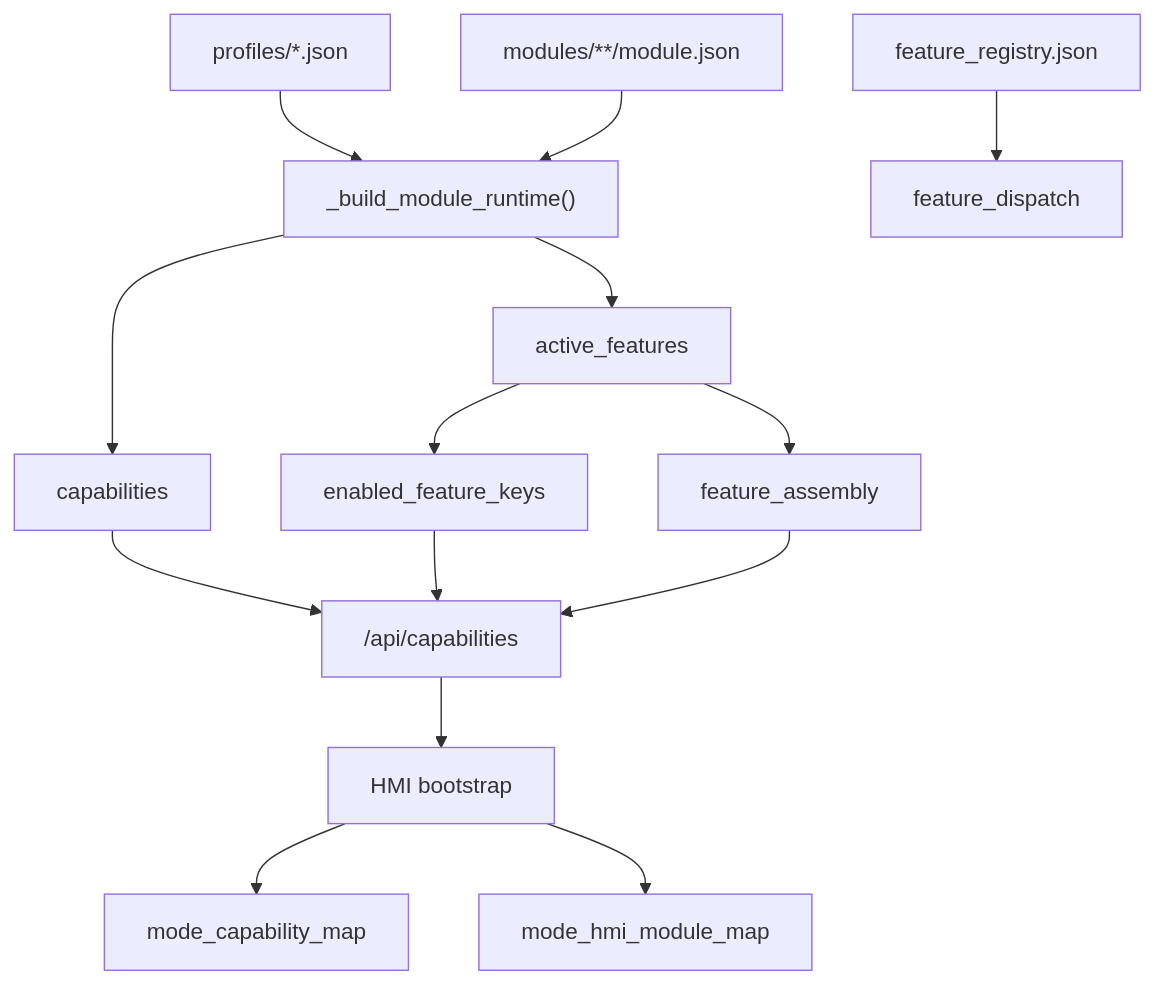
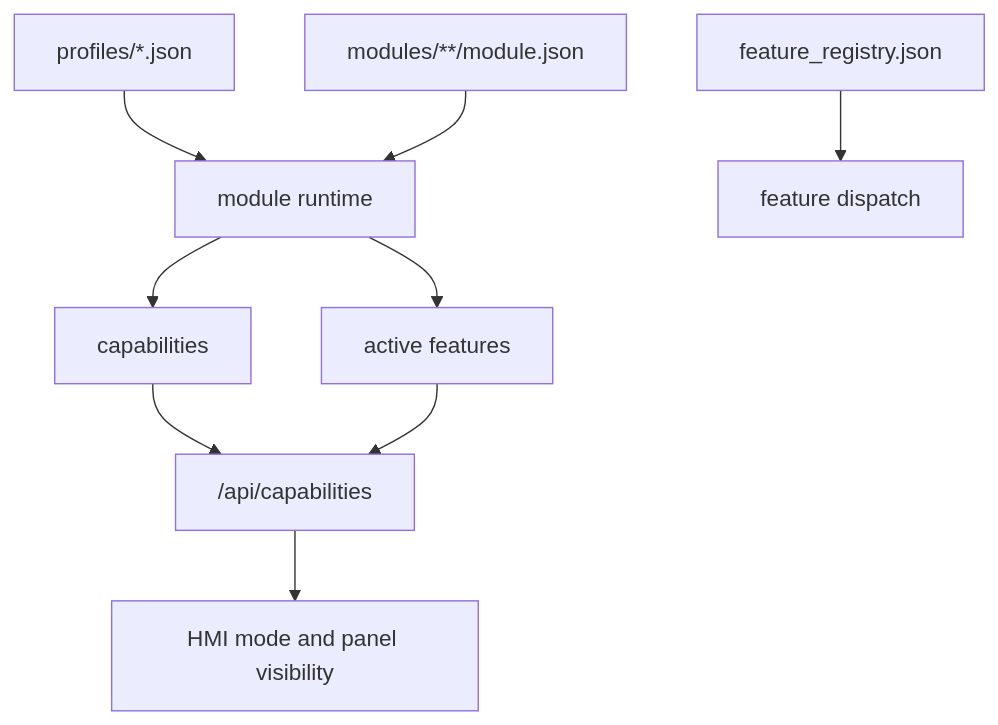
One commit to mktium/mctivity changed the second of 3 diagrams in docs/architecture.md. Above: the diagram before and after it, drawn with Mermaid. The commit also changed other lines of this file and 44 other files, not shown here.

````diff
--- a/docs/architecture.md
+++ b/docs/architecture.md
@@ -42,16 +38,11 @@
 ```mermaid
 flowchart TD
-    PROFILE["profiles/*.json"] --> RUNTIME["_build_module_runtime()"]
+    PROFILE["profiles/*.json"] --> RUNTIME["module runtime"]
     MODULE["modules/**/module.json"] --> RUNTIME
-    REG["feature_registry.json"] --> DISP["feature_dispatch"]
+    REGISTRY["feature_registry.json"] --> DISPATCH["feature dispatch"]
     RUNTIME --> CAPS["capabilities"]
-    RUNTIME --> ACTIVE["active_features"]
-    ACTIVE --> ENABLED["enabled_feature_keys"]
-    ACTIVE --> ASM["feature_assembly"]
+    RUNTIME --> ACTIVE["active features"]
     CAPS --> API["/api/capabilities"]
-    ENABLED --> API
-    ASM --> API
-    API --> HMI["HMI bootstrap"]
-    HMI --> MODECAP["mode_capability_map"]
-    HMI --> MODEHMI["mode_hmi_module_map"]
+    ACTIVE --> API
+    API --> HMI["HMI mode and panel visibility"]
 ```
````
